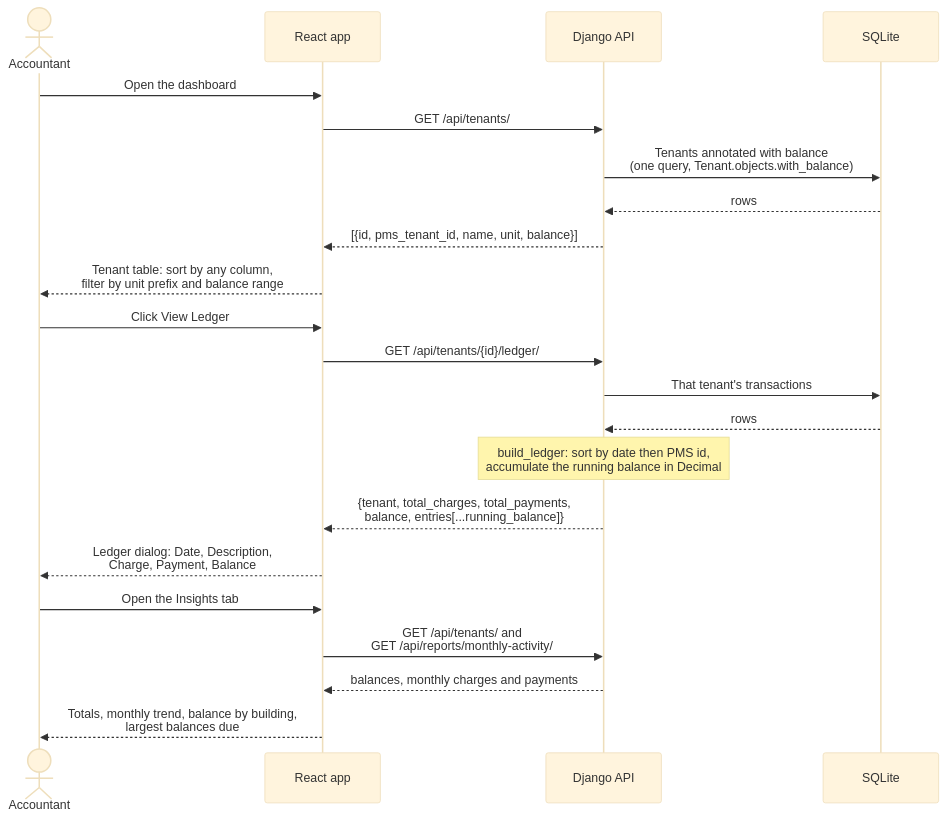
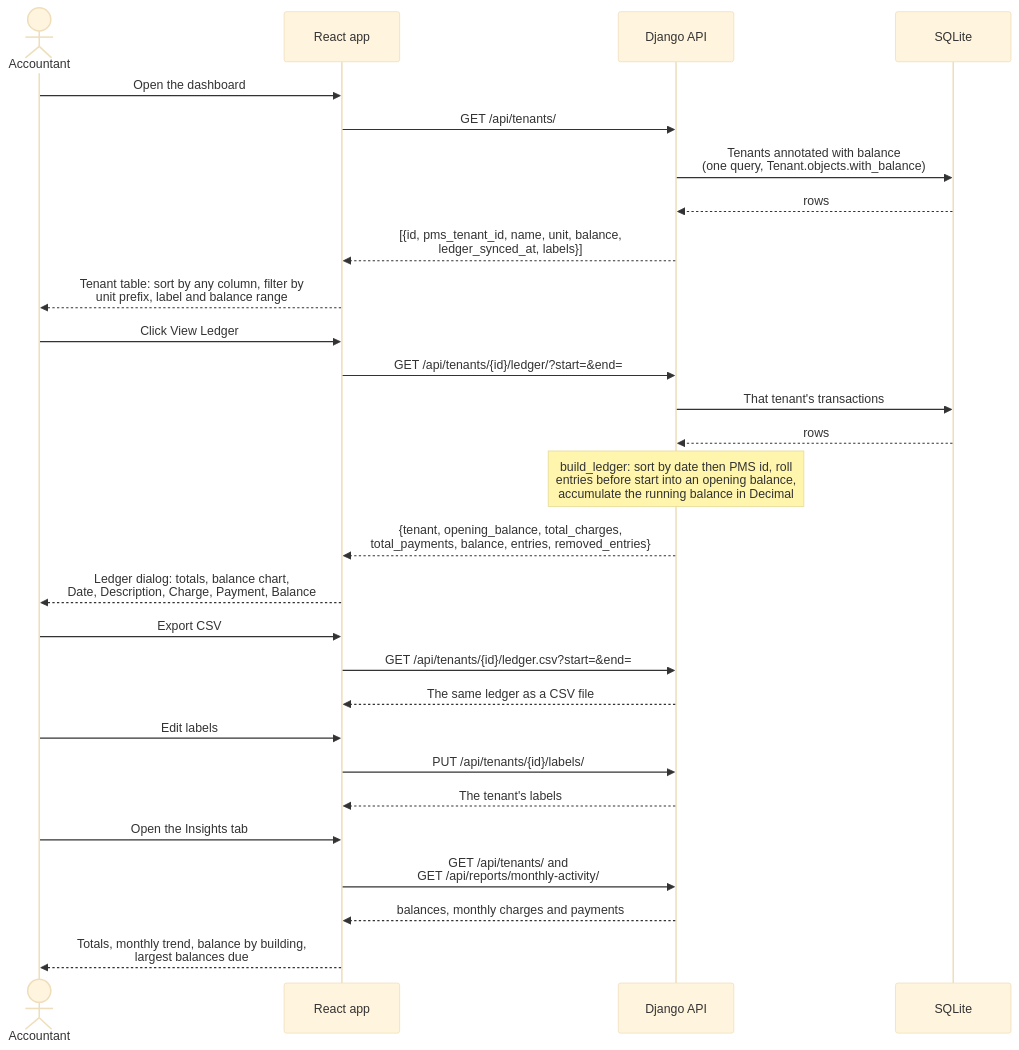
One commit to codybanksdev/rentable-code-challenge changed the second of 3 diagrams in docs/flow.md. Above: the diagram before and after it, drawn with Mermaid (base theme). The commit also changed other lines of this file and 41 other files, not shown here.

First line of the commit message:
Add tenant labels, structured logging, CI, pinned dependencies and docs

````diff
--- a/docs/flow.md
+++ b/docs/flow.md
@@ -44,27 +48,35 @@
 ```mermaid
 sequenceDiagram
     actor U as Accountant
     participant R as React app
     participant D as Django API
     participant DB as SQLite
 
     U->>R: Open the dashboard
     R->>D: GET /api/tenants/
     D->>DB: Tenants annotated with balance<br/>(one query, Tenant.objects.with_balance)
     DB-->>D: rows
-    D-->>R: [{id, pms_tenant_id, name, unit, balance}]
-    R-->>U: Tenant table: sort by any column,<br/>filter by unit prefix and balance range
+    D-->>R: [{id, pms_tenant_id, name, unit, balance,<br/>ledger_synced_at, labels}]
+    R-->>U: Tenant table: sort by any column, filter by<br/>unit prefix, label and balance range
 
     U->>R: Click View Ledger
-    R->>D: GET /api/tenants/{id}/ledger/
+    R->>D: GET /api/tenants/{id}/ledger/?start=&end=
     D->>DB: That tenant's transactions
     DB-->>D: rows
-    Note over D: build_ledger: sort by date then PMS id,<br/>accumulate the running balance in Decimal
-    D-->>R: {tenant, total_charges, total_payments,<br/>balance, entries[...running_balance]}
-    R-->>U: Ledger dialog: Date, Description,<br/>Charge, Payment, Balance
+    Note over D: build_ledger: sort by date then PMS id, roll<br/>entries before start into an opening balance,<br/>accumulate the running balance in Decimal
+    D-->>R: {tenant, opening_balance, total_charges,<br/>total_payments, balance, entries, removed_entries}
+    R-->>U: Ledger dialog: totals, balance chart,<br/>Date, Description, Charge, Payment, Balance
+
+    U->>R: Export CSV
+    R->>D: GET /api/tenants/{id}/ledger.csv?start=&end=
+    D-->>R: The same ledger as a CSV file
+
+    U->>R: Edit labels
+    R->>D: PUT /api/tenants/{id}/labels/
+    D-->>R: The tenant's labels
 
     U->>R: Open the Insights tab
     R->>D: GET /api/tenants/ and<br/>GET /api/reports/monthly-activity/
     D-->>R: balances, monthly charges and payments
     R-->>U: Totals, monthly trend, balance by building,<br/>largest balances due
 ```
````
